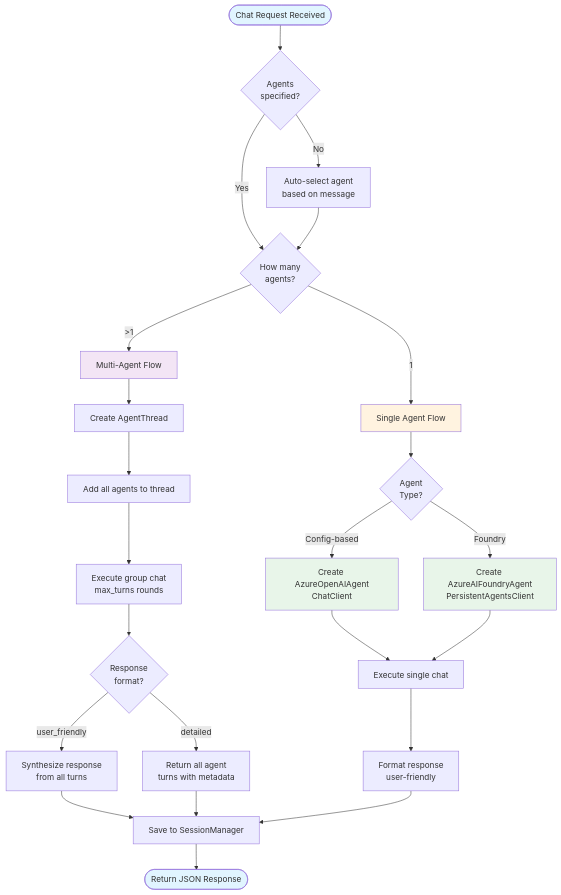
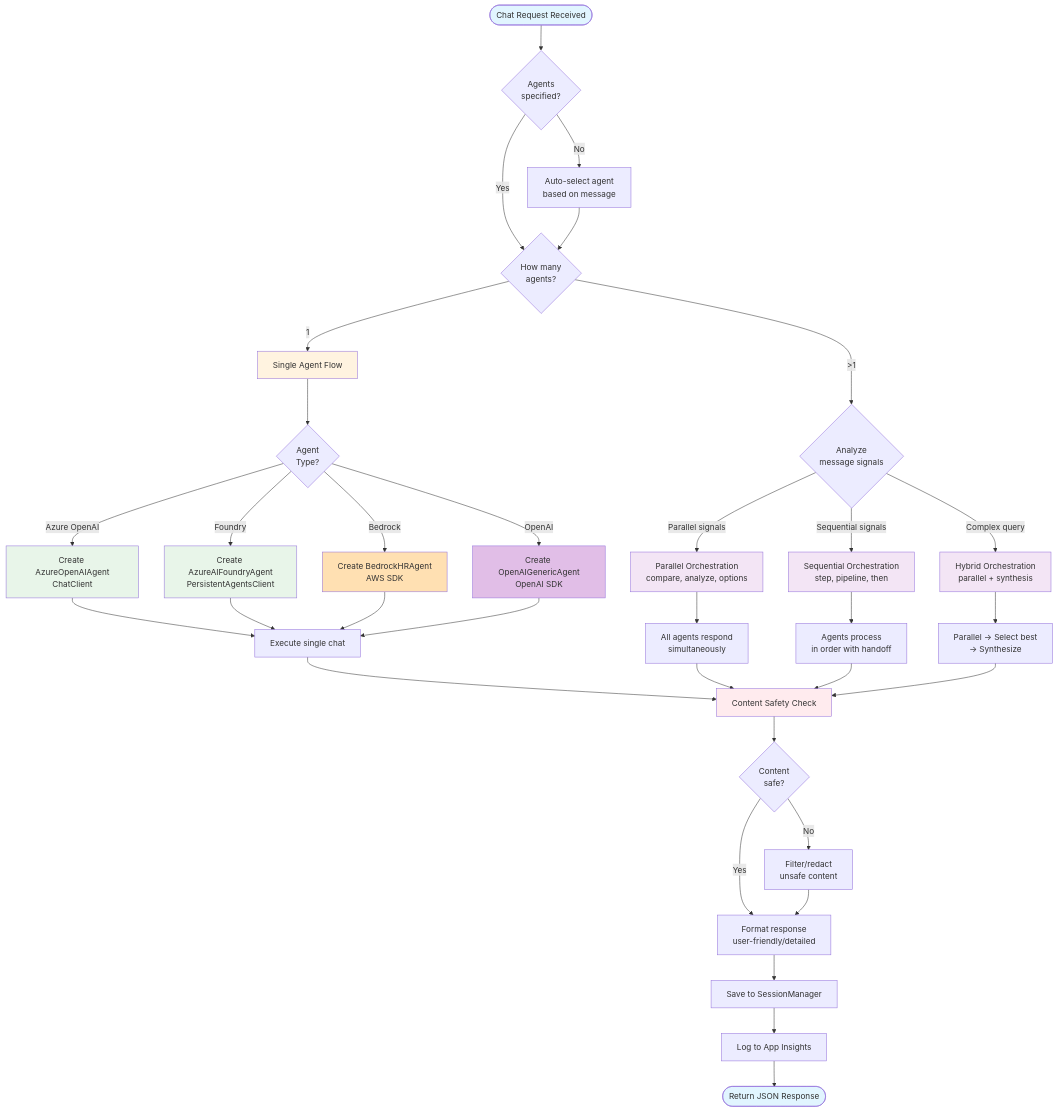
The fifth of 9 diagrams in Backend/dotnet/README.md (nhcloud/agentframework-workshop), drawn with Mermaid before and after one commit. The commit also changed other lines of this file, not shown here.

````diff
--- a/Backend/dotnet/README.md
+++ b/Backend/dotnet/README.md
@@ -188,44 +314,60 @@
 ```mermaid
 flowchart TD
     Start([Chat Request Received]) --> CheckAgents{Agents<br/>specified?}
     
     CheckAgents -->|No| AutoSelect[Auto-select agent<br/>based on message]
     CheckAgents -->|Yes| CountAgents{How many<br/>agents?}
     
     AutoSelect --> CountAgents
     
     CountAgents -->|1| SingleAgent[Single Agent Flow]
-    CountAgents -->|>1| MultiAgent[Multi-Agent Flow]
+    CountAgents -->|>1| SelectMode{Analyze<br/>message signals}
+    
+    SelectMode -->|Parallel signals| ParallelMode[Parallel Orchestration<br/>compare, analyze, options]
+    SelectMode -->|Sequential signals| SequentialMode[Sequential Orchestration<br/>step, pipeline, then]
+    SelectMode -->|Complex query| HybridMode[Hybrid Orchestration<br/>parallel + synthesis]
     
     SingleAgent --> CheckAgentType{Agent<br/>Type?}
     
-    CheckAgentType -->|Config-based| CreateOpenAI[Create AzureOpenAIAgent<br/>ChatClient]
+    CheckAgentType -->|Azure OpenAI| CreateAzureOAI[Create AzureOpenAIAgent<br/>ChatClient]
     CheckAgentType -->|Foundry| CreateFoundry[Create AzureAIFoundryAgent<br/>PersistentAgentsClient]
+    CheckAgentType -->|Bedrock| CreateBedrock[Create BedrockHRAgent<br/>AWS SDK]
+    CheckAgentType -->|OpenAI| CreateOpenAI[Create OpenAIGenericAgent<br/>OpenAI SDK]
     
-    CreateOpenAI --> ExecuteSingle[Execute single chat]
+    CreateAzureOAI --> ExecuteSingle[Execute single chat]
     CreateFoundry --> ExecuteSingle
+    CreateBedrock --> ExecuteSingle
+    CreateOpenAI --> ExecuteSingle
     
-    ExecuteSingle --> FormatSingle[Format response<br/>user-friendly]
+    ExecuteSingle --> ContentSafety[Content Safety Check]
     
-    MultiAgent --> CreateThread[Create AgentThread]
-    CreateThread --> AddAgents[Add all agents to thread]
-    AddAgents --> ExecuteGroup[Execute group chat<br/>max_turns rounds]
+    ParallelMode --> ExecuteParallel[All agents respond<br/>simultaneously]
+    SequentialMode --> ExecuteSequential[Agents process<br/>in order with handoff]
+    HybridMode --> ExecuteHybrid[Parallel → Select best<br/>→ Synthesize]
     
-    ExecuteGroup --> CheckFormat{Response<br/>format?}
+    ExecuteParallel --> ContentSafety
+    ExecuteSequential --> ContentSafety
+    ExecuteHybrid --> ContentSafety
     
-    CheckFormat -->|user_friendly| Synthesize[Synthesize response<br/>from all turns]
-    CheckFormat -->|detailed| AllTurns[Return all agent<br/>turns with metadata]
+    ContentSafety --> CheckSafety{Content<br/>safe?}
     
-    Synthesize --> SaveSession[Save to SessionManager]
-    AllTurns --> SaveSession
-    FormatSingle --> SaveSession
+    CheckSafety -->|Yes| FormatResponse[Format response<br/>user-friendly/detailed]
+    CheckSafety -->|No| FilterContent[Filter/redact<br/>unsafe content]
     
-    SaveSession --> Return([Return JSON Response])
+    FilterContent --> FormatResponse
+    FormatResponse --> SaveSession[Save to SessionManager]
+    SaveSession --> LogTelemetry[Log to App Insights]
+    LogTelemetry --> Return([Return JSON Response])
     
     style Start fill:#e1f5ff
     style Return fill:#e1f5ff
     style SingleAgent fill:#fff3e0
-    style MultiAgent fill:#f3e5f5
-    style CreateOpenAI fill:#e8f5e9
+    style ParallelMode fill:#f3e5f5
+    style SequentialMode fill:#f3e5f5
+    style HybridMode fill:#f3e5f5
+    style ContentSafety fill:#ffebee
+    style CreateAzureOAI fill:#e8f5e9
     style CreateFoundry fill:#e8f5e9
+    style CreateBedrock fill:#ffe0b2
+    style CreateOpenAI fill:#e1bee7
 ```
````
